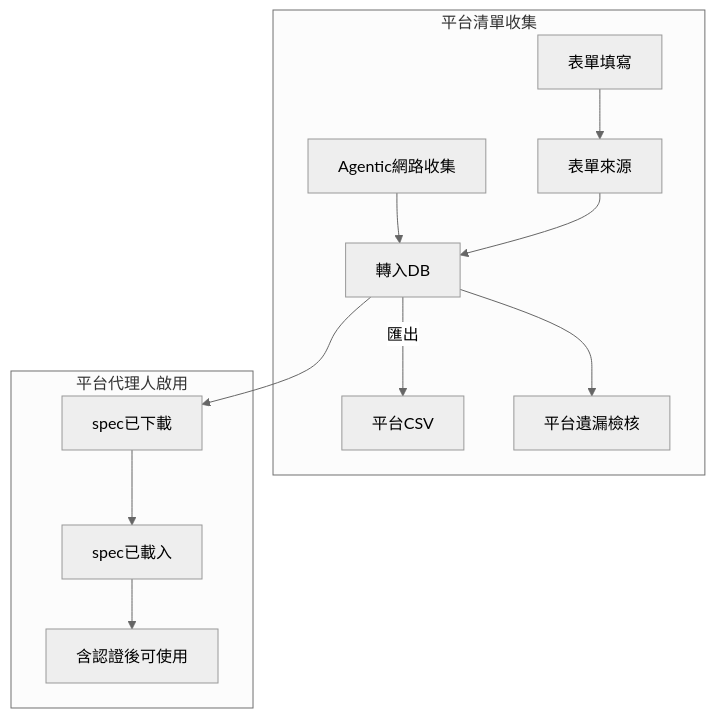
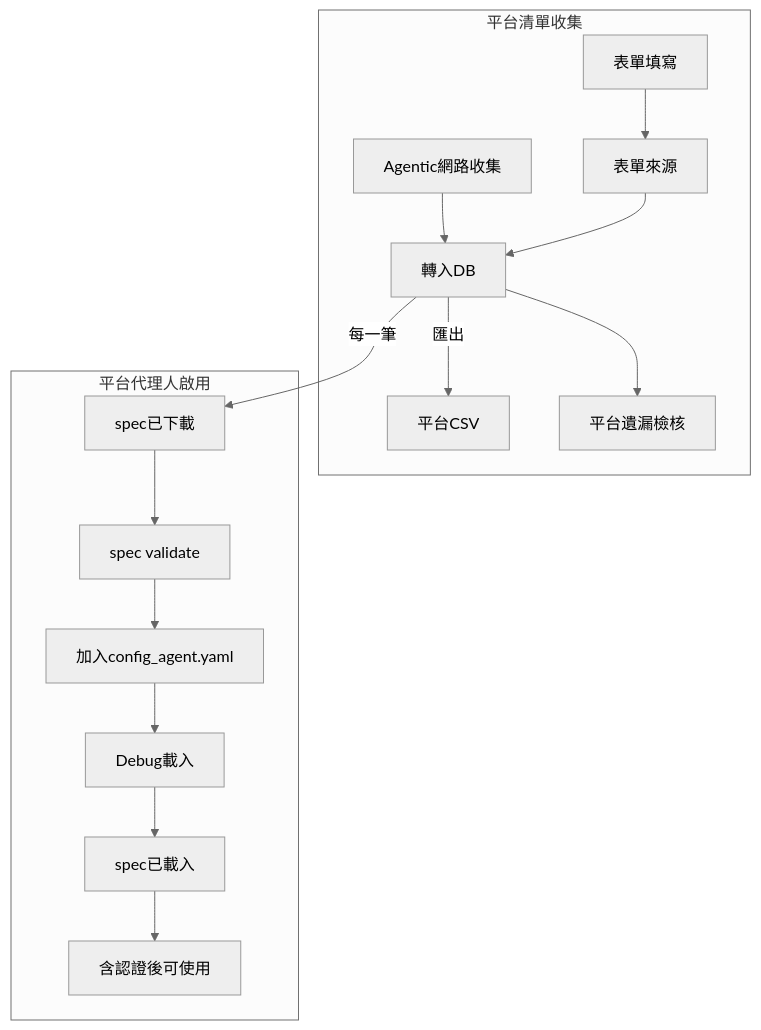
The second of 2 diagrams in README.md (wuulong/gov_openapi_agent), drawn with Mermaid (neutral theme) before and after one commit.

````diff
--- a/README.md
+++ b/README.md
@@ -454,30 +454,34 @@
 ```mermaid
 graph TD
     subgraph 平台清單收集
 	    A[Agentic網路收集]
 	    F[表單來源]
 	    DB[轉入DB]
 	    V[平台CSV]
 	    
 		A-->DB
 		F-->DB
 		DB--> |匯出| V
 		
 		W[表單填寫]
 		W-->F
 		
 		C[平台遺漏檢核]
 		DB-->C
 
     end
 
     subgraph 平台代理人啟用
         D[spec已下載]
+        SV[spec validate]
+        Y[加入config_agent.yaml]
+        G[Debug載入]
         L[spec已載入]
         U[含認證後可使用]
         
-        DB-->D-->L-->U
+        DB-->|每一筆| D-->SV-->Y-->G-->L-->U
 
     end
 
+
 ```
````
